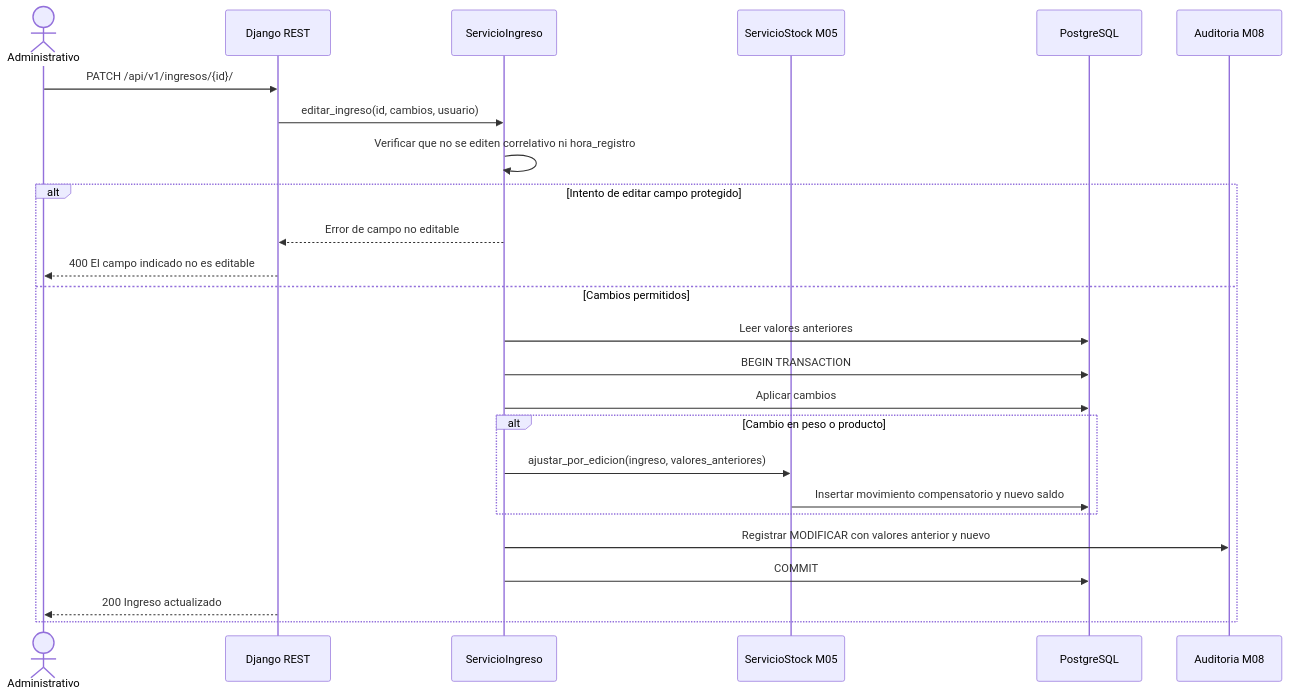
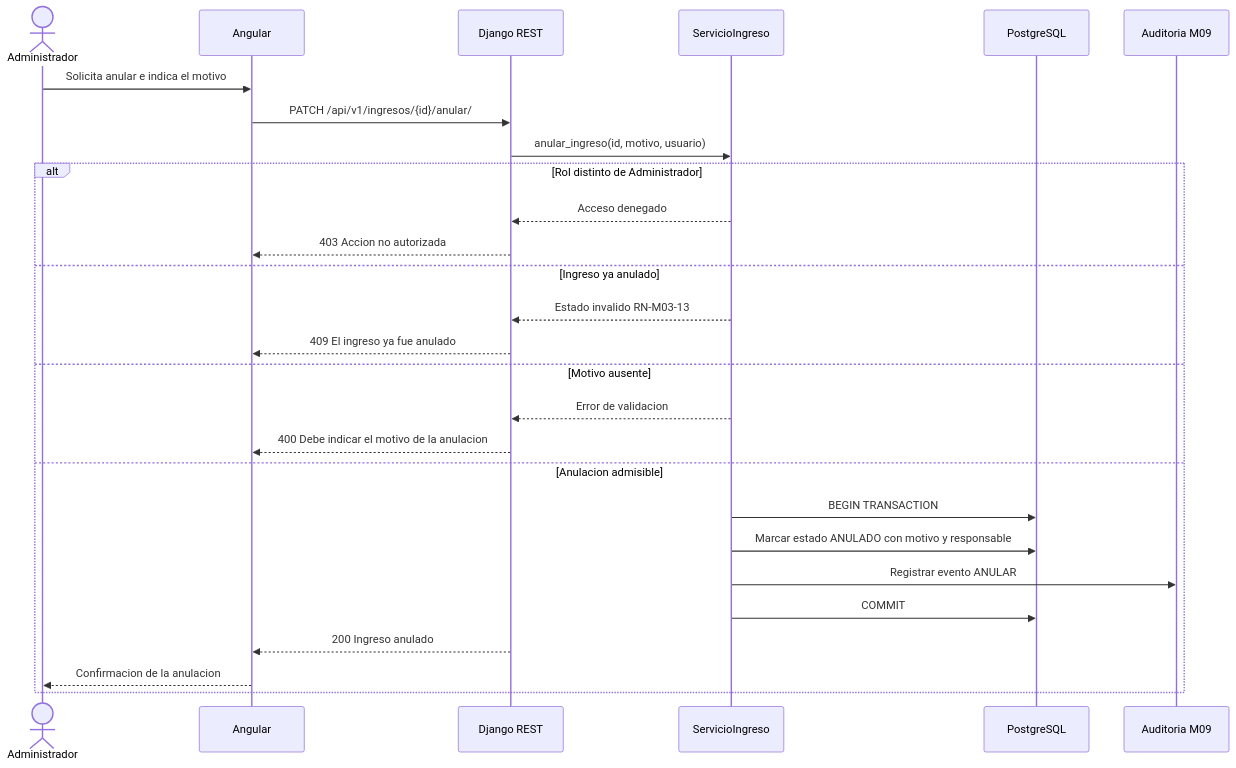
One commit to adlerOmonte1/LogisticaMinera changed the third of 3 diagrams in docs/modulos/M03-ingresos/diagramas/secuencia.md. Above: the diagram before and after it, drawn with Mermaid. The commit also changed other lines of this file and 12 other files, not shown here.

First line of the commit message:
docs(ingresos): Reformulacion de Historias de Usuario, requisitos y diagramas

````diff
--- a/docs/modulos/M03-ingresos/diagramas/secuencia.md
+++ b/docs/modulos/M03-ingresos/diagramas/secuencia.md
@@ -106,29 +108,31 @@
 ```mermaid
 sequenceDiagram
-    actor A as Administrativo
+    actor D as Administrador
+    participant NG as Angular
     participant API as Django REST
     participant SRV as ServicioIngreso
-    participant STK as ServicioStock M05
     participant DB as PostgreSQL
-    participant AUD as Auditoria M08
+    participant AUD as Auditoria M09
 
-    A->>API: PATCH /api/v1/ingresos/{id}/
-    API->>SRV: editar_ingreso(id, cambios, usuario)
-    SRV->>SRV: Verificar que no se editen correlativo ni hora_registro
+    D->>NG: Solicita anular e indica el motivo
+    NG->>API: PATCH /api/v1/ingresos/{id}/anular/
+    API->>SRV: anular_ingreso(id, motivo, usuario)
 
-    alt Intento de editar campo protegido
-        SRV-->>API: Error de campo no editable
-        API-->>A: 400 El campo indicado no es editable
-    else Cambios permitidos
-        SRV->>DB: Leer valores anteriores
+    alt Rol distinto de Administrador
+        SRV-->>API: Acceso denegado
+        API-->>NG: 403 Accion no autorizada
+    else Ingreso ya anulado
+        SRV-->>API: Estado invalido RN-M03-13
+        API-->>NG: 409 El ingreso ya fue anulado
+    else Motivo ausente
+        SRV-->>API: Error de validacion
+        API-->>NG: 400 Debe indicar el motivo de la anulacion
+    else Anulacion admisible
         SRV->>DB: BEGIN TRANSACTION
-        SRV->>DB: Aplicar cambios
-        alt Cambio en peso o producto
-            SRV->>STK: ajustar_por_edicion(ingreso, valores_anteriores)
-            STK->>DB: Insertar movimiento compensatorio y nuevo saldo
-        end
-        SRV->>AUD: Registrar MODIFICAR con valores anterior y nuevo
+        SRV->>DB: Marcar estado ANULADO con motivo y responsable
+        SRV->>AUD: Registrar evento ANULAR
         SRV->>DB: COMMIT
-        API-->>A: 200 Ingreso actualizado
+        API-->>NG: 200 Ingreso anulado
+        NG-->>D: Confirmacion de la anulacion
     end
 ```
````
